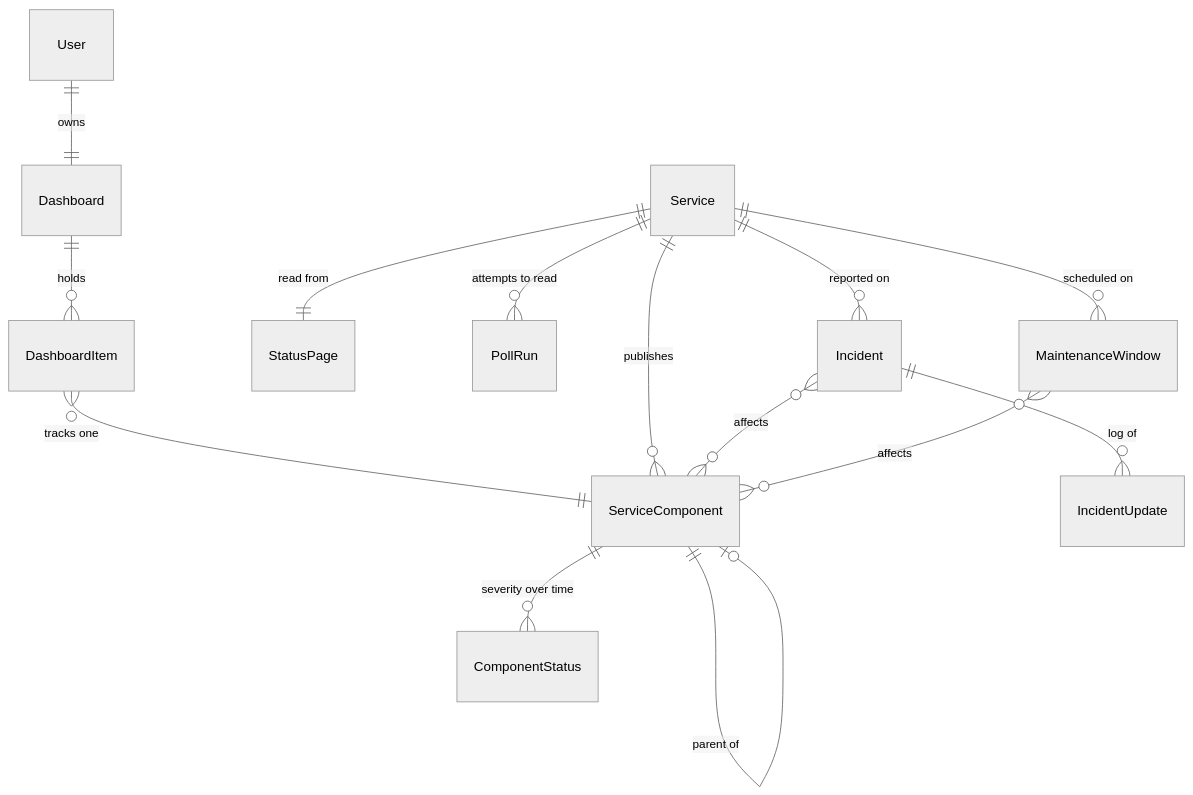
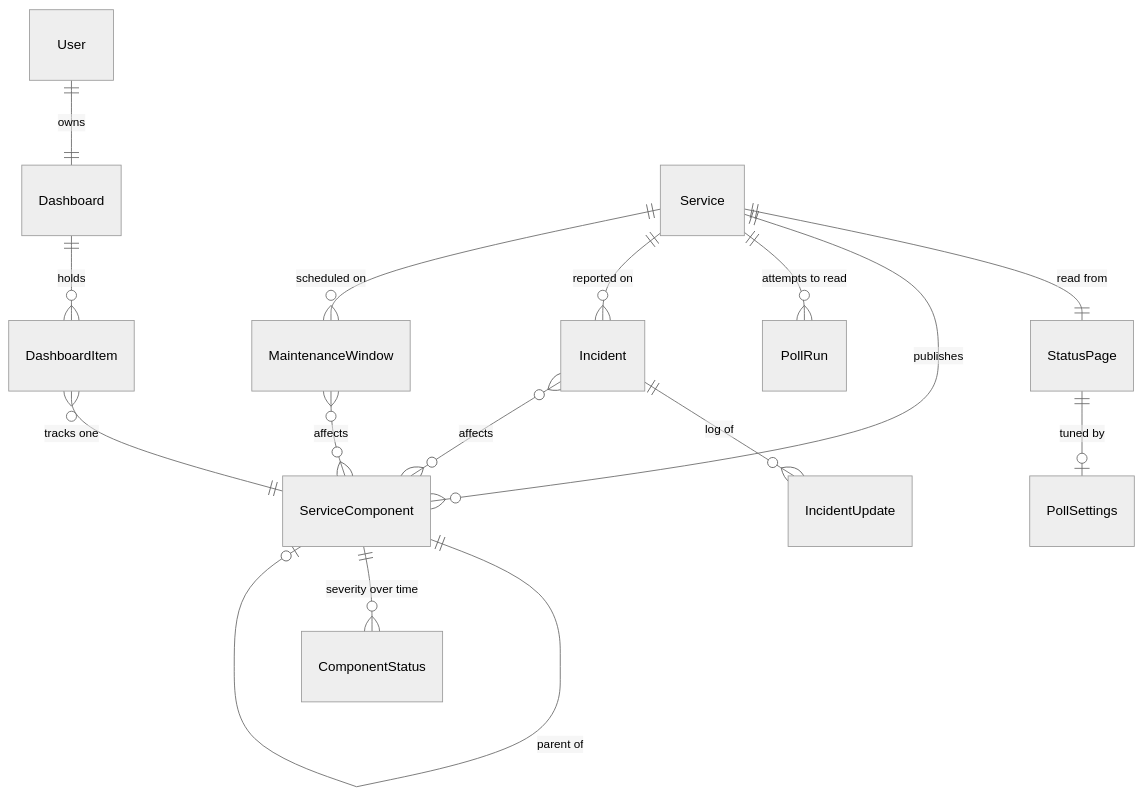
One commit to thalida/statusboard changed the first of 2 diagrams in docs/specs/2026-08-23-statusboard-design.md. Above: the diagram before and after it, drawn with Mermaid (neutral theme). The commit also changed other lines of this file and 2 other files, not shown here.

First line of the commit message:
docs: PollSettings, a nullable override layer for the poller

````diff
--- a/docs/specs/2026-08-23-statusboard-design.md
+++ b/docs/specs/2026-08-23-statusboard-design.md
@@ -84,18 +84,19 @@
 ```mermaid
 erDiagram
     User ||--|| Dashboard : owns
     Dashboard ||--o{ DashboardItem : holds
     DashboardItem }o--|| ServiceComponent : "tracks one"
 
     Service ||--|| StatusPage : "read from"
+    StatusPage ||--o| PollSettings : "tuned by"
     Service ||--o{ ServiceComponent : publishes
     ServiceComponent ||--o| ServiceComponent : "parent of"
     ServiceComponent ||--o{ ComponentStatus : "severity over time"
 
     Service ||--o{ PollRun : "attempts to read"
     Service ||--o{ Incident : "reported on"
     Service ||--o{ MaintenanceWindow : "scheduled on"
     Incident ||--o{ IncidentUpdate : "log of"
     Incident }o--o{ ServiceComponent : affects
     MaintenanceWindow }o--o{ ServiceComponent : affects
 ```
````
